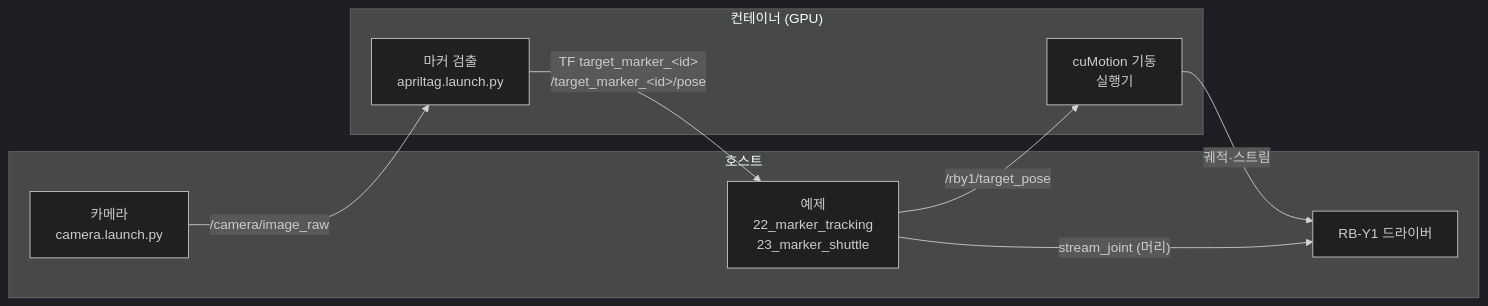
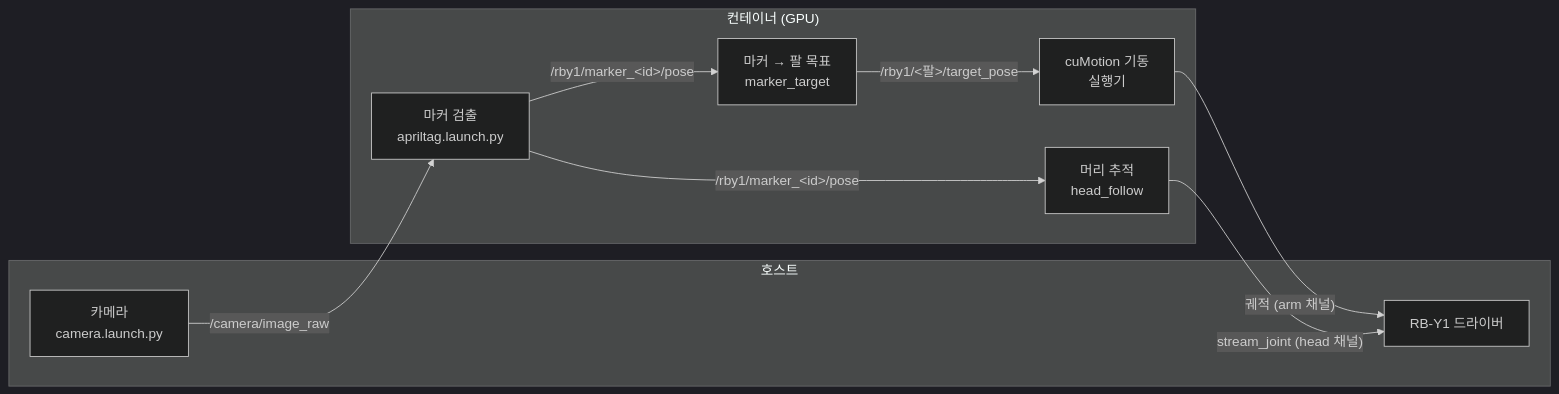
The second of 2 diagrams in docs/tutorial_cumotion.md (JeonSangMin-sw2/rby1_isaac_ros), drawn with Mermaid (dark theme) before and after one commit. The commit also changed other lines of this file and 47 other files, not shown here.

````diff
--- a/docs/tutorial_cumotion.md
+++ b/docs/tutorial_cumotion.md
@@ -423,17 +587,19 @@
 ```mermaid
 flowchart LR
     subgraph host["호스트"]
         camera["카메라<br/>camera.launch.py"]
-        example["예제<br/>22_marker_tracking<br/>23_marker_shuttle"]
         driver["RB-Y1 드라이버"]
     end
     subgraph container["컨테이너 (GPU)"]
         apriltag["마커 검출<br/>apriltag.launch.py"]
+        target["마커 → 팔 목표<br/>marker_target"]
+        head["머리 추적<br/>head_follow"]
         cumotion["cuMotion 기동<br/>실행기"]
     end
     camera -->|"/camera/image_raw"| apriltag
-    apriltag -->|"TF target_marker_&lt;id&gt;<br/>/target_marker_&lt;id&gt;/pose"| example
-    example -->|"/rby1/target_pose"| cumotion
-    cumotion -->|궤적·스트림| driver
-    example -->|"stream_joint (머리)"| driver
+    apriltag -->|"/rby1/marker_&lt;id&gt;/pose"| target
+    apriltag -->|"/rby1/marker_&lt;id&gt;/pose"| head
+    target -->|"/rby1/&lt;팔&gt;/target_pose"| cumotion
+    cumotion -->|"궤적 (arm 채널)"| driver
+    head -->|"stream_joint (head 채널)"| driver
 ```
````
